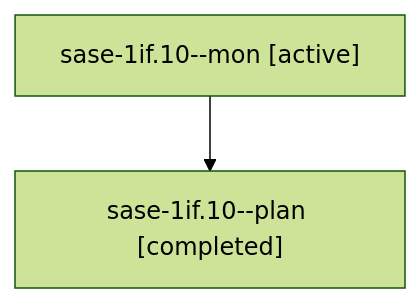
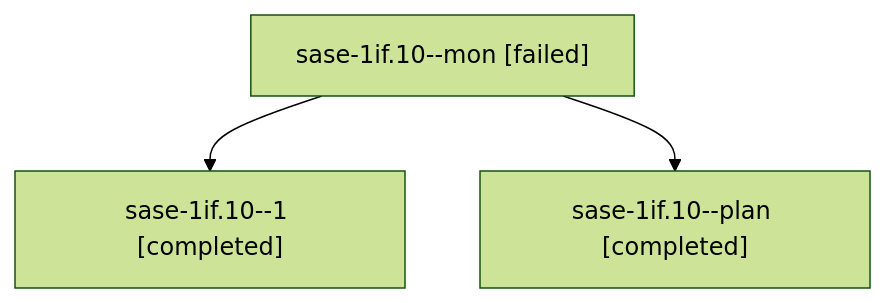
The diagram in sessions/bbugyi200.apollo.sase-1if.10.md (sase-org/sase--agents), drawn with Mermaid (forest theme) before and after one commit. The commit also changed other lines of this file and 43 other files, not shown here.

````diff
--- a/sessions/bbugyi200.apollo.sase-1if.10.md
+++ b/sessions/bbugyi200.apollo.sase-1if.10.md
@@ -9,6 +9,8 @@
 ```mermaid
 flowchart TD
-  n0["sase-1if.10--mon [active]"]
-  n1["sase-1if.10--plan [completed]"]
+  n0["sase-1if.10--mon [failed]"]
+  n1["sase-1if.10--1 [completed]"]
   n0 --> n1
+  n2["sase-1if.10--plan [completed]"]
+  n0 --> n2
 ```
````
